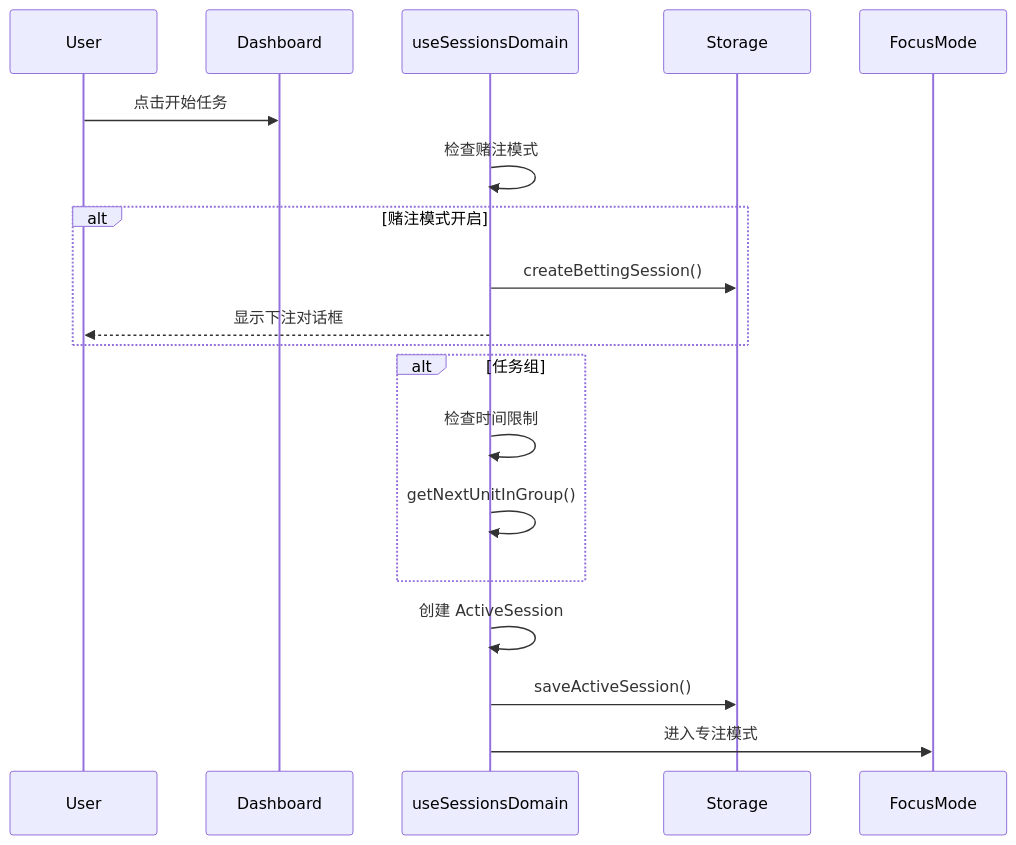
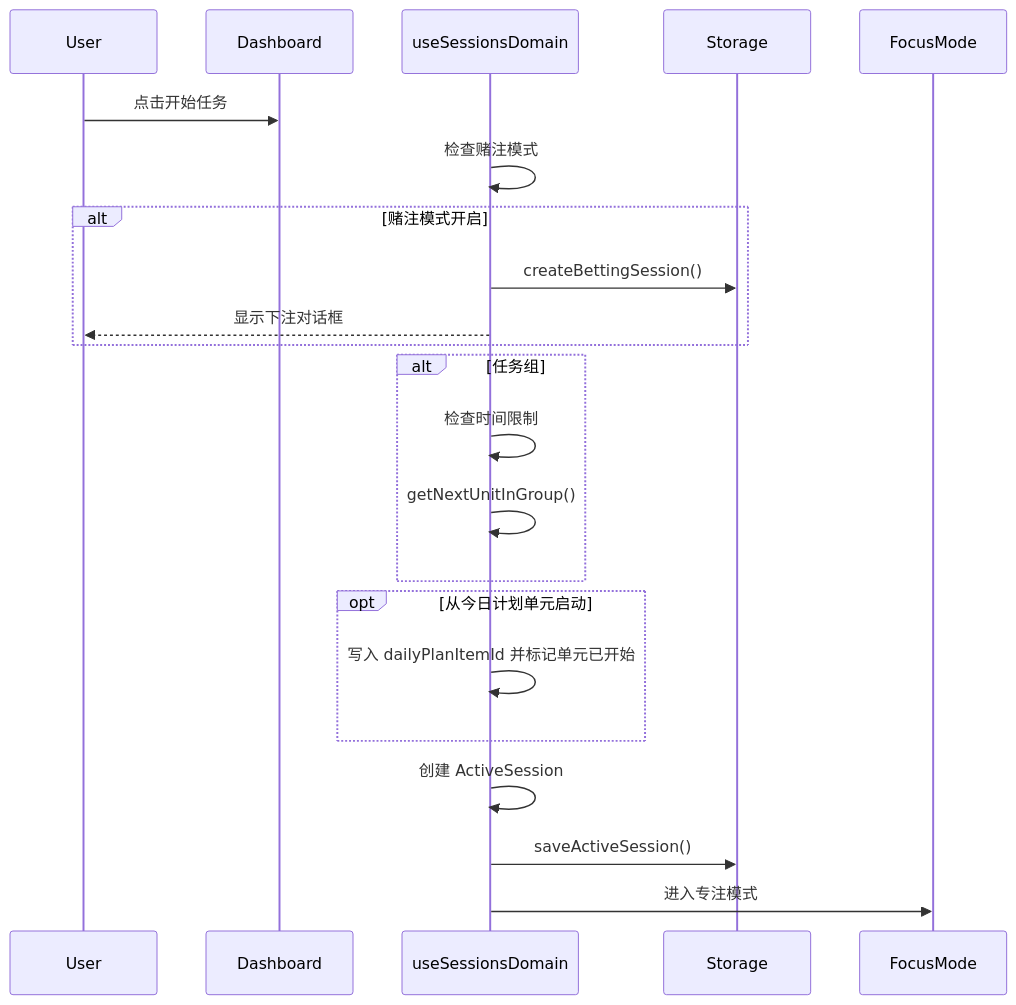
One commit to cw419/momentum changed the second of 3 diagrams in docs/features/DOMAIN_SESSIONS.md. Above: the diagram before and after it, drawn with Mermaid. The commit also changed other lines of this file and 4 other files, not shown here.

````diff
--- a/docs/features/DOMAIN_SESSIONS.md
+++ b/docs/features/DOMAIN_SESSIONS.md
@@ -118,25 +120,29 @@
 ```mermaid
 sequenceDiagram
     participant User
     participant Dashboard
     participant useSessionsDomain
     participant Storage
     participant FocusMode
 
     User->>Dashboard: 点击开始任务
     useSessionsDomain->>useSessionsDomain: 检查赌注模式
 
     alt 赌注模式开启
         useSessionsDomain->>Storage: createBettingSession()
         useSessionsDomain-->>User: 显示下注对话框
     end
 
     alt 任务组
         useSessionsDomain->>useSessionsDomain: 检查时间限制
         useSessionsDomain->>useSessionsDomain: getNextUnitInGroup()
     end
 
+    opt 从今日计划单元启动
+        useSessionsDomain->>useSessionsDomain: 写入 dailyPlanItemId 并标记单元已开始
+    end
+
     useSessionsDomain->>useSessionsDomain: 创建 ActiveSession
     useSessionsDomain->>Storage: saveActiveSession()
     useSessionsDomain->>FocusMode: 进入专注模式
 ```
````
